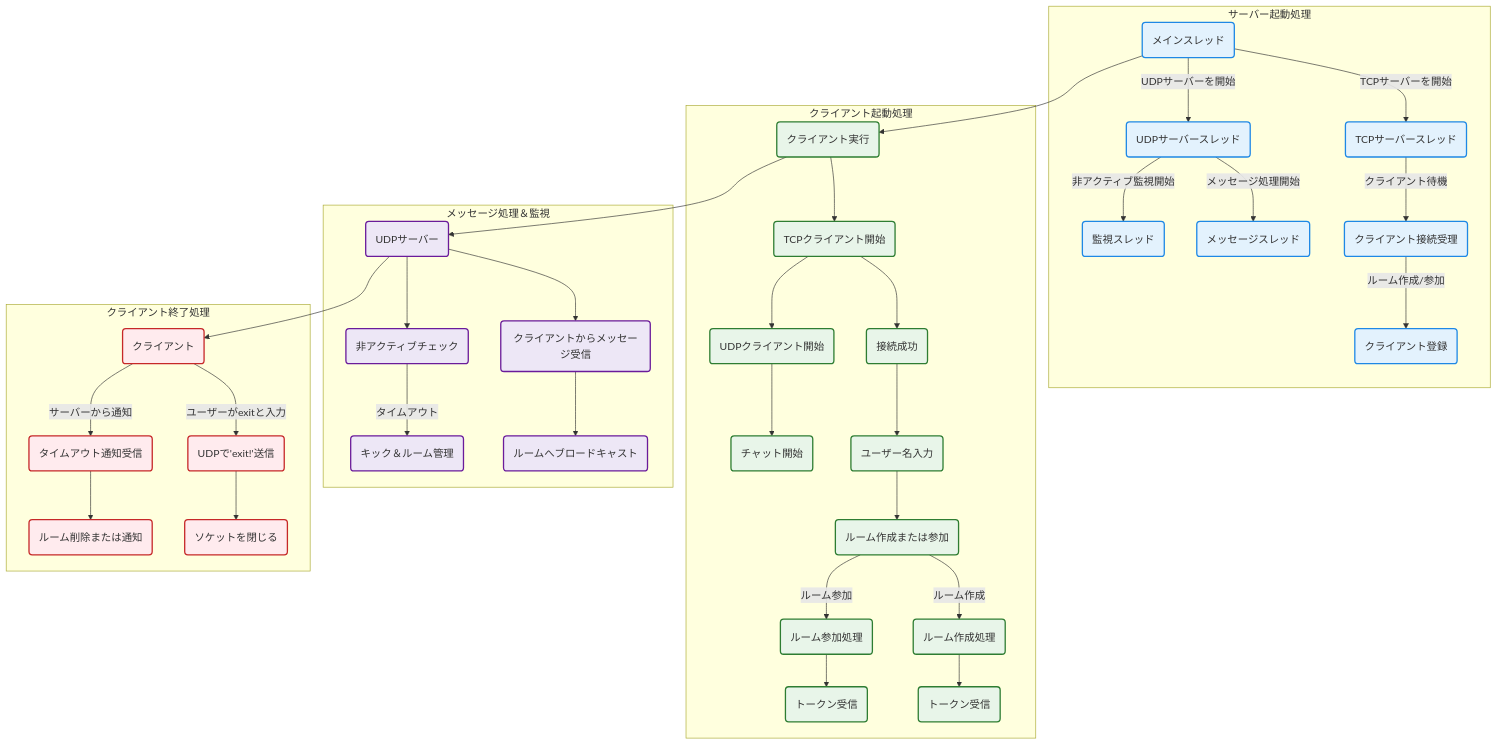
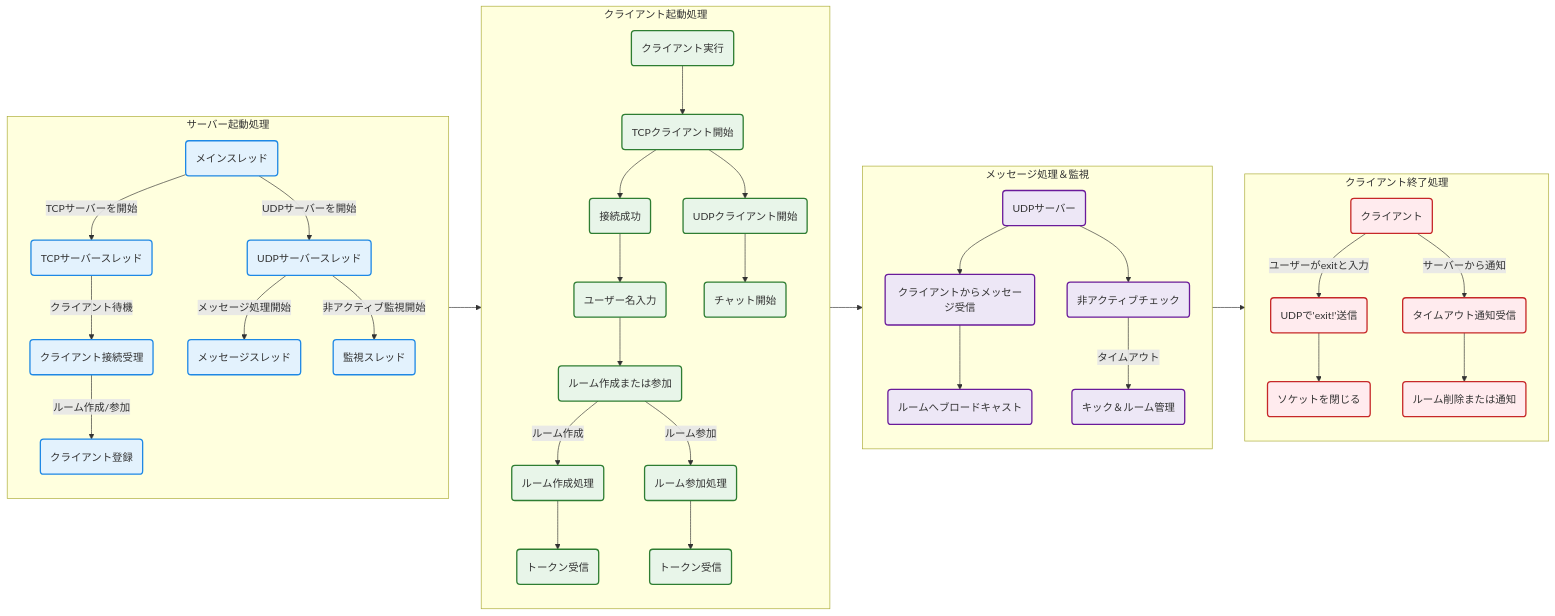
One commit to BackendExplorer/Online-Chat-Service changed the second of 4 diagrams in README.md. Above: the diagram before and after it, drawn with Mermaid.

````diff
--- a/README.md
+++ b/README.md
@@ -94,5 +94,5 @@
 ```mermaid
-graph TD
+graph LR
 
 %% スタイル定義
 classDef server fill:#e3f2fd,stroke:#1e88e5,stroke-width:2px
@@ -102,79 +102,83 @@
 
 %% サーバー起動
 subgraph サーバー起動[サーバー起動処理]
-    A1(メインスレッド)
-    A2(TCPサーバースレッド)
-    A3(UDPサーバースレッド)
-    A4(クライアント接続受理)
-    A5(クライアント登録)
-    A6(メッセージスレッド)
-    A7(監視スレッド)
+direction TB
+A1(メインスレッド)
+A2(TCPサーバースレッド)
+A3(UDPサーバースレッド)
+A4(クライアント接続受理)
+A5(クライアント登録)
+A6(メッセージスレッド)
+A7(監視スレッド)
 
-    A1 -->|TCPサーバーを開始| A2
-    A1 -->|UDPサーバーを開始| A3
-    A2 -->|クライアント待機| A4
-    A4 -->|ルーム作成/参加| A5
-    A3 -->|メッセージ処理開始| A6
-    A3 -->|非アクティブ監視開始| A7
+A1 -->|TCPサーバーを開始| A2
+A1 -->|UDPサーバーを開始| A3
+A2 -->|クライアント待機| A4
+A4 -->|ルーム作成/参加| A5
+A3 -->|メッセージ処理開始| A6
+A3 -->|非アクティブ監視開始| A7
 
-    class A1,A2,A3,A4,A5,A6,A7 server
+class A1,A2,A3,A4,A5,A6,A7 server
 end
 
 %% クライアント起動
 subgraph クライアント起動[クライアント起動処理]
-    B1(クライアント実行)
-    B2(TCPクライアント開始)
-    B3(接続成功)
-    B4(ユーザー名入力)
-    B5(ルーム作成または参加)
-    B6(ルーム作成処理)
-    B7(トークン受信)
-    B8(ルーム参加処理)
-    B9(トークン受信)
-    B10(UDPクライアント開始)
-    B11(チャット開始)
+direction TB
+B1(クライアント実行)
+B2(TCPクライアント開始)
+B3(接続成功)
+B4(ユーザー名入力)
+B5(ルーム作成または参加)
+B6(ルーム作成処理)
+B7(トークン受信)
+B8(ルーム参加処理)
+B9(トークン受信)
+B10(UDPクライアント開始)
+B11(チャット開始)
 
-    B1 --> B2
-    B2 --> B3
-    B3 --> B4
-    B4 --> B5
-    B5 -->|ルーム作成| B6 --> B7
-    B5 -->|ルーム参加| B8 --> B9
-    B2 --> B10
-    B10 --> B11
+B1 --> B2
+B2 --> B3
+B3 --> B4
+B4 --> B5
+B5 -->|ルーム作成| B6 --> B7
+B5 -->|ルーム参加| B8 --> B9
+B2 --> B10
+B10 --> B11
 
-    class B1,B2,B3,B4,B5,B6,B7,B8,B9,B10,B11 client
+class B1,B2,B3,B4,B5,B6,B7,B8,B9,B10,B11 client
 end
 
 %% サーバーメッセージ処理
 subgraph サーバーメッセージ処理[メッセージ処理＆監視]
-    C1(UDPサーバー)
-    C2(クライアントからメッセージ受信)
-    C3(ルームへブロードキャスト)
-    C4(非アクティブチェック)
-    C5(キック＆ルーム管理)
+direction TB
+C1(UDPサーバー)
+C2(クライアントからメッセージ受信)
+C3(ルームへブロードキャスト)
+C4(非アクティブチェック)
+C5(キック＆ルーム管理)
 
-    C1 --> C2 --> C3
-    C1 --> C4 -->|タイムアウト| C5
+C1 --> C2 --> C3
+C1 --> C4 -->|タイムアウト| C5
 
-    class C1,C2,C3,C4,C5 messaging
+class C1,C2,C3,C4,C5 messaging
 end
 
 %% クライアント終了
 subgraph クライアント終了[クライアント終了処理]
-    D1(クライアント)
-    D2(UDPで'exit!'送信)
-    D3(ソケットを閉じる)
-    D4(タイムアウト通知受信)
-    D5(ルーム削除または通知)
+direction TB
+D1(クライアント)
+D2(UDPで'exit!'送信)
+D3(ソケットを閉じる)
+D4(タイムアウト通知受信)
+D5(ルーム削除または通知)
 
-    D1 -->|ユーザーがexitと入力| D2 --> D3
-    D1 -->|サーバーから通知| D4 --> D5
+D1 -->|ユーザーがexitと入力| D2 --> D3
+D1 -->|サーバーから通知| D4 --> D5
 
-    class D1,D2,D3,D4,D5 warning
+class D1,D2,D3,D4,D5 warning
 end
 
-%% 流れ接続（全体の連携）
+%% 全体の連携（処理の流れ）
 A1 --> B1
 B1 --> C1
 C1 --> D1
````
